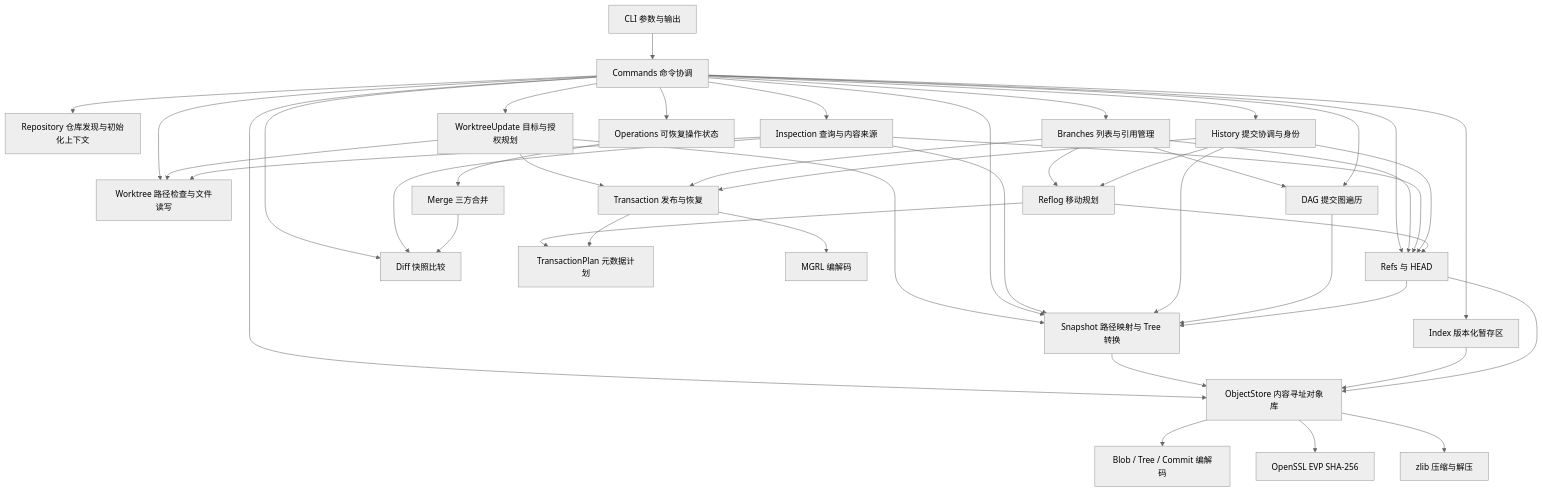
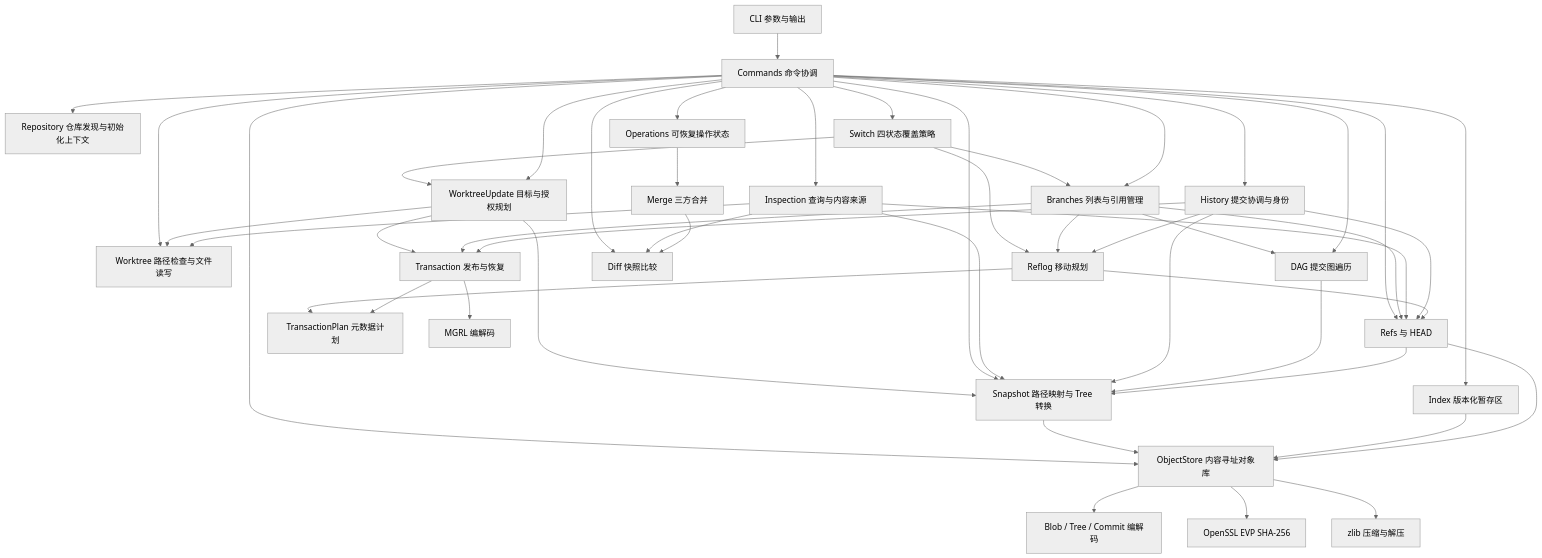
One commit to Always1010/MiniGit changed the first of 8 diagrams in docs/architecture.md. Above: the diagram before and after it, drawn with Mermaid (neutral theme). The commit also changed other lines of this file and 13 other files, not shown here.

````diff
--- a/docs/architecture.md
+++ b/docs/architecture.md
@@ -9,46 +9,50 @@
 ```mermaid
 flowchart TD
     CLI[CLI 参数与输出] --> Commands[Commands 命令协调]
     Commands --> Repo[Repository 仓库发现与初始化上下文]
     Commands --> Worktree[Worktree 路径检查与文件读写]
+    Commands --> Switch[Switch 四状态覆盖策略]
+    Switch --> WorktreeUpdate
+    Switch --> Branches
+    Switch --> Reflog
     Commands --> WorktreeUpdate[WorktreeUpdate 目标与授权规划]
     WorktreeUpdate --> Worktree
     WorktreeUpdate --> Snapshot
     WorktreeUpdate --> Transaction
     Commands --> Index[Index 版本化暂存区]
     Commands --> Refs[Refs 与 HEAD]
     Commands --> Branches[Branches 列表与引用管理]
     Branches --> Refs
     Branches --> DAG
     Branches --> Reflog
     Branches --> Transaction
     Commands --> History[History 提交协调与身份]
     Commands --> DAG[DAG 提交图遍历]
     Commands --> Snapshot[Snapshot 路径映射与 Tree 转换]
     Commands --> Diff[Diff 快照比较]
     Commands --> Inspection[Inspection 查询与内容来源]
     Inspection --> Diff
     Inspection --> Snapshot
     Inspection --> Refs
     Inspection --> Worktree
     Commands --> Operations[Operations 可恢复操作状态]
     Commands --> Objects[ObjectStore 内容寻址对象库]
     Operations --> Merge[Merge 三方合并]
     Merge --> Diff
     History --> Refs
     History --> Snapshot
     History --> Reflog[Reflog 移动规划]
     History --> Transaction[Transaction 发布与恢复]
     Reflog --> Refs
     Reflog --> Plan[TransactionPlan 元数据计划]
     Transaction --> Plan
     Transaction --> LogCodec[MGRL 编解码]
     DAG --> Snapshot
     Refs --> Snapshot
     Snapshot --> Objects
     Index --> Objects
     Refs --> Objects
     Objects --> Codec[Blob / Tree / Commit 编解码]
     Objects --> Hash[OpenSSL EVP SHA-256]
     Objects --> Compression[zlib 压缩与解压]
 ```
````
